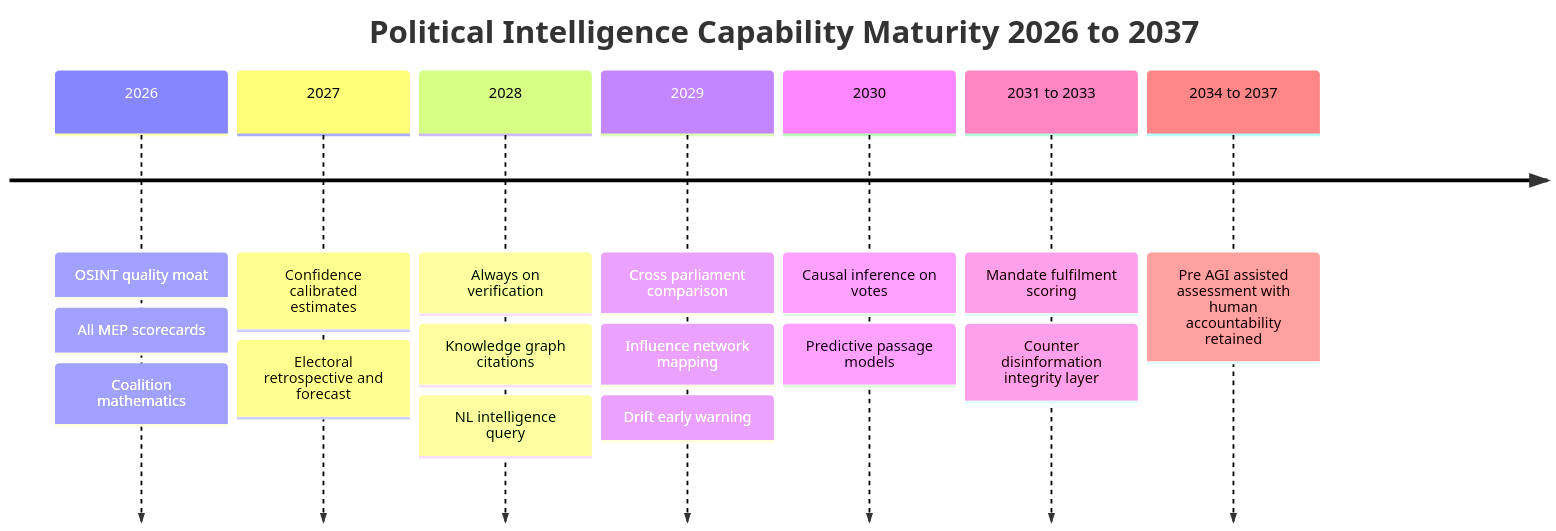
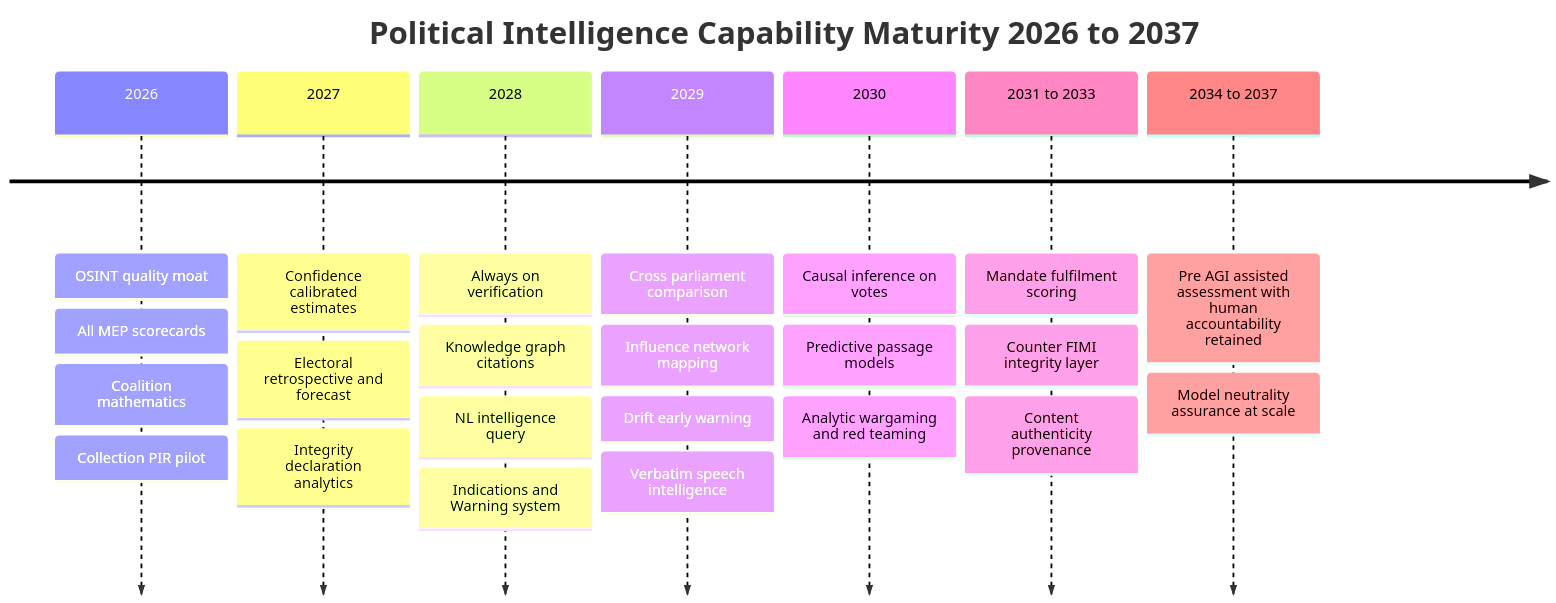
One commit to Hack23/euparliamentmonitor changed diagram 33 of 36 in FUTURE_MINDMAP.md. Above: the diagram before and after it, drawn with Mermaid. The commit also changed other lines of this file and 2 other files, not shown here.

Commit message:
docs(future): add OSINT/political-intelligence capabilities to MINDMAP, ARCHITECTURE, DATA_MODEL

````diff
--- a/FUTURE_MINDMAP.md
+++ b/FUTURE_MINDMAP.md
@@ -1327,11 +1573,11 @@
 ```mermaid
 timeline
     title Political Intelligence Capability Maturity 2026 to 2037
-    2026 : OSINT quality moat : All MEP scorecards : Coalition mathematics
-    2027 : Confidence calibrated estimates : Electoral retrospective and forecast
-    2028 : Always on verification : Knowledge graph citations : NL intelligence query
-    2029 : Cross parliament comparison : Influence network mapping : Drift early warning
-    2030 : Causal inference on votes : Predictive passage models
-    2031 to 2033 : Mandate fulfilment scoring : Counter disinformation integrity layer
-    2034 to 2037 : Pre AGI assisted assessment with human accountability retained
+    2026 : OSINT quality moat : All MEP scorecards : Coalition mathematics : Collection PIR pilot
+    2027 : Confidence calibrated estimates : Electoral retrospective and forecast : Integrity declaration analytics
+    2028 : Always on verification : Knowledge graph citations : NL intelligence query : Indications and Warning system
+    2029 : Cross parliament comparison : Influence network mapping : Drift early warning : Verbatim speech intelligence
+    2030 : Causal inference on votes : Predictive passage models : Analytic wargaming and red teaming
+    2031 to 2033 : Mandate fulfilment scoring : Counter FIMI integrity layer : Content authenticity provenance
+    2034 to 2037 : Pre AGI assisted assessment with human accountability retained : Model neutrality assurance at scale
 ```
````
